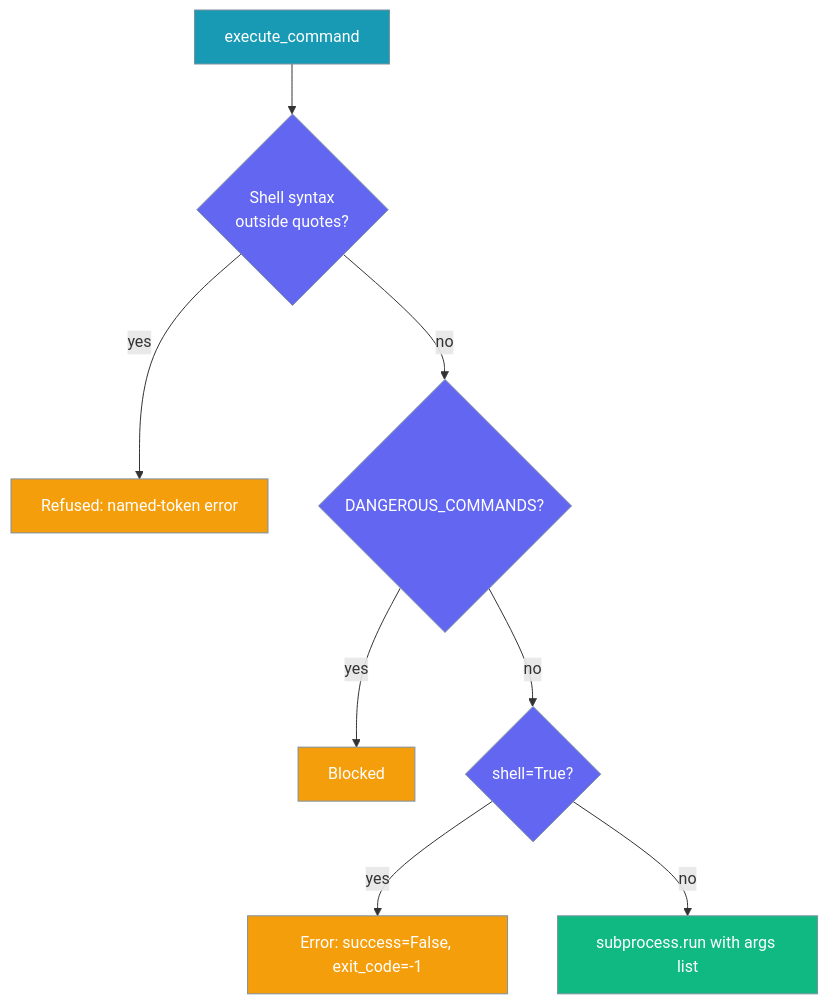
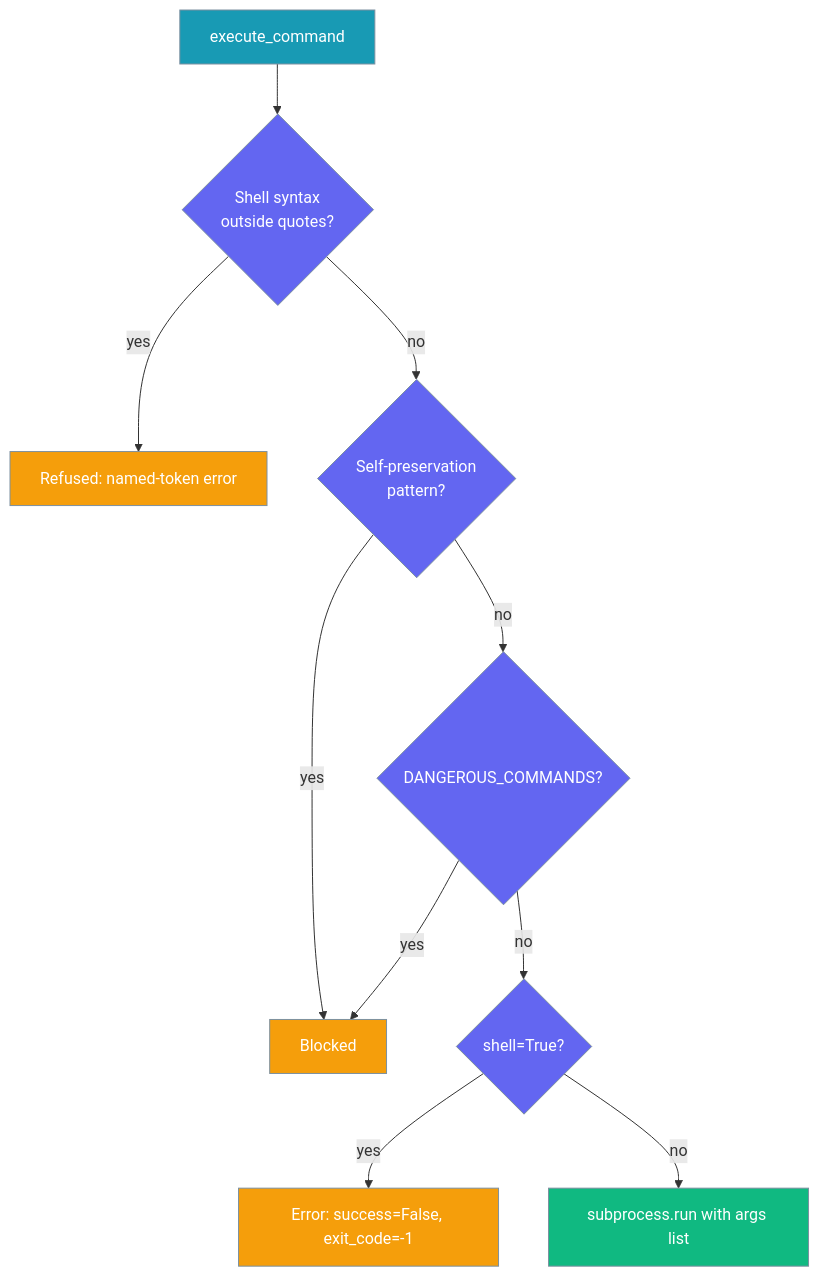
Before and after one commit to MervinPraison/PraisonAIDocs: the third of 4 diagrams in docs/features/code.mdx, drawn with Mermaid.

Commit message:
fix: include self-preservation guard in execute_command check-order diagram

````diff
--- a/docs/features/code.mdx
+++ b/docs/features/code.mdx
@@ -361,20 +361,22 @@
 ```mermaid
 graph TB
     Call[execute_command] --> Guard{Shell syntax<br/>outside quotes?}
     Guard -->|yes| Refuse[Refused: named-token error]
-    Guard -->|no| Danger{DANGEROUS_COMMANDS?}
+    Guard -->|no| Forbid{Self-preservation<br/>pattern?}
+    Forbid -->|yes| Block
+    Forbid -->|no| Danger{DANGEROUS_COMMANDS?}
     Danger -->|yes| Block[Blocked]
     Danger -->|no| Q{shell=True?}
     Q -->|yes| Err[Error: success=False, exit_code=-1]
     Q -->|no| Run[subprocess.run with args list]
 
     classDef tool fill:#189AB4,stroke:#7C90A0,color:#fff
     classDef check fill:#6366F1,stroke:#7C90A0,color:#fff
     classDef block fill:#F59E0B,stroke:#7C90A0,color:#fff
     classDef ok fill:#10B981,stroke:#7C90A0,color:#fff
 
     class Call tool
-    class Guard,Danger,Q check
+    class Guard,Forbid,Danger,Q check
     class Refuse,Block,Err block
     class Run ok
 ```
````
